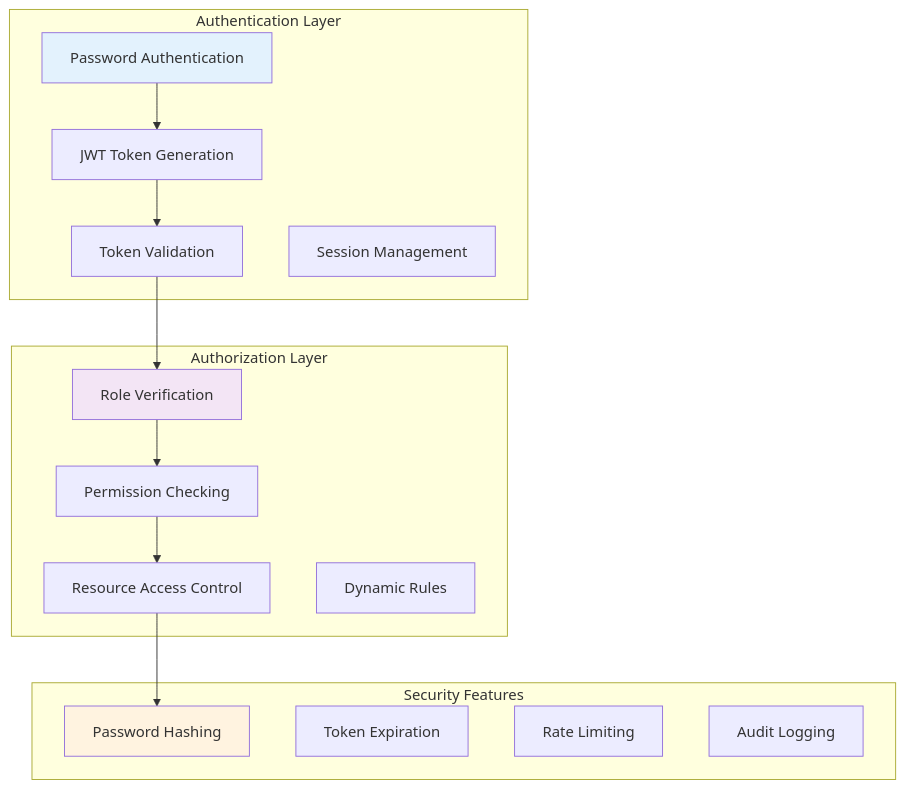
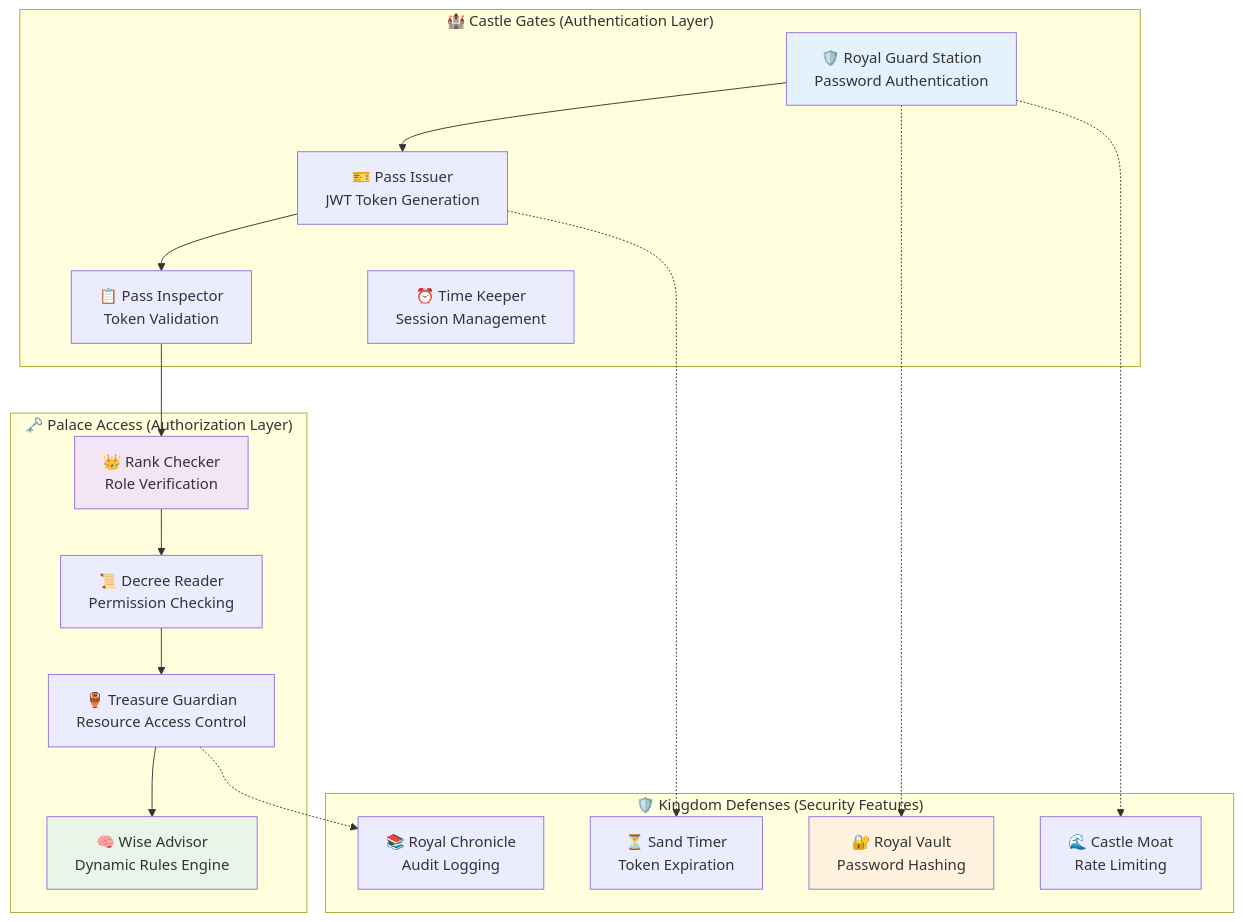
One commit to ridwanspace/restful-fastapi-guideline changed the fourth of 8 diagrams in app/docs/03_intermediate/04-authentication-authorization/page.mdx. Above: the diagram before and after it, drawn with Mermaid. The commit also changed other lines of this file and 1 other file, not shown here.

First line of the commit message:
Docs: Revamp auth guide with kingdom security analogy

````diff
--- a/app/docs/03_intermediate/04-authentication-authorization/page.mdx
+++ b/app/docs/03_intermediate/04-authentication-authorization/page.mdx
@@ -56,34 +115,40 @@
 ```mermaid
 graph TB
-    subgraph "Authentication Layer"
-        A1[Password Authentication]
-        A2[JWT Token Generation]
-        A3[Token Validation]
-        A4[Session Management]
+    subgraph "🏰 Castle Gates (Authentication Layer)"
+        A1[🛡️ Royal Guard Station<br/>Password Authentication]
+        A2[🎫 Pass Issuer<br/>JWT Token Generation]
+        A3[📋 Pass Inspector<br/>Token Validation]
+        A4[⏰ Time Keeper<br/>Session Management]
     end
     
-    subgraph "Authorization Layer"
-        B1[Role Verification]
-        B2[Permission Checking]
-        B3[Resource Access Control]
-        B4[Dynamic Rules]
+    subgraph "🗝️ Palace Access (Authorization Layer)"
+        B1[👑 Rank Checker<br/>Role Verification]
+        B2[📜 Decree Reader<br/>Permission Checking]
+        B3[🏺 Treasure Guardian<br/>Resource Access Control]
+        B4[🧠 Wise Advisor<br/>Dynamic Rules Engine]
     end
     
-    subgraph "Security Features"
-        C1[Password Hashing]
-        C2[Token Expiration]
-        C3[Rate Limiting]
-        C4[Audit Logging]
+    subgraph "🛡️ Kingdom Defenses (Security Features)"
+        C1[🔐 Royal Vault<br/>Password Hashing]
+        C2[⏳ Sand Timer<br/>Token Expiration]
+        C3[🌊 Castle Moat<br/>Rate Limiting]
+        C4[📚 Royal Chronicle<br/>Audit Logging]
     end
     
     A1 --> A2
     A2 --> A3
     A3 --> B1
     B1 --> B2
     B2 --> B3
-    B3 --> C1
+    B3 --> B4
+    
+    A1 -.-> C1
+    A2 -.-> C2
+    A1 -.-> C3
+    B3 -.-> C4
     
     style A1 fill:#e3f2fd
     style B1 fill:#f3e5f5
     style C1 fill:#fff3e0
+    style B4 fill:#e8f5e8
 ```
````
